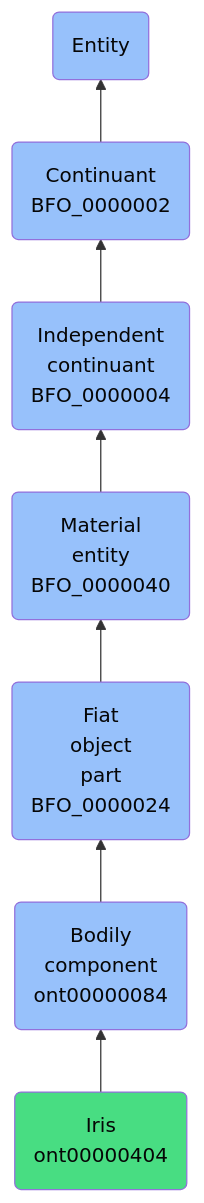
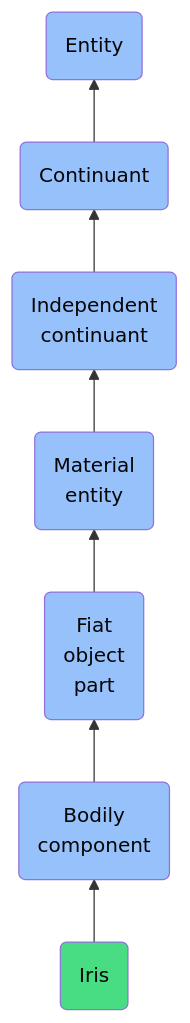
The diagram in docs/ontology/reference/model/Entity/Continuant/Independent continuant/Material entity/Fiat object part/Bodily component/Iris/Iris.md (jupyter-naas/abi), drawn with Mermaid before and after one commit. The commit also changed other lines of this file and 1430 other files, not shown here.

````diff
--- a/docs/ontology/reference/model/Entity/Continuant/Independent continuant/Material entity/Fiat object part/Bodily component/Iris/Iris.md
+++ b/docs/ontology/reference/model/Entity/Continuant/Independent continuant/Material entity/Fiat object part/Bodily component/Iris/Iris.md
@@ -24,14 +24,14 @@
 ```mermaid
 graph BT
-    ont00000404(Iris<br>ont00000404):::ABI-->ont00000084
-    ont00000084(Bodily<br>component<br>ont00000084):::BFO-->BFO_0000024
-    BFO_0000024(Fiat<br>object<br>part<br>BFO_0000024):::BFO-->BFO_0000040
-    BFO_0000040(Material<br>entity<br>BFO_0000040):::BFO-->BFO_0000004
-    BFO_0000004(Independent<br>continuant<br>BFO_0000004):::BFO-->BFO_0000002
-    BFO_0000002(Continuant<br>BFO_0000002):::BFO-->BFO_0000001
+    ont00000404(Iris):::ABI-->ont00000084
+    ont00000084(Bodily<br>component):::BFO-->BFO_0000024
+    BFO_0000024(Fiat<br>object<br>part):::BFO-->BFO_0000040
+    BFO_0000040(Material<br>entity):::BFO-->BFO_0000004
+    BFO_0000004(Independent<br>continuant):::BFO-->BFO_0000002
+    BFO_0000002(Continuant):::BFO-->BFO_0000001
     BFO_0000001(Entity):::BFO
     
     classDef BFO fill:#97c1fb,color:#060606
     classDef CCO fill:#e4c51e,color:#060606
     classDef ABI fill:#48DD82,color:#060606
 ```
````
